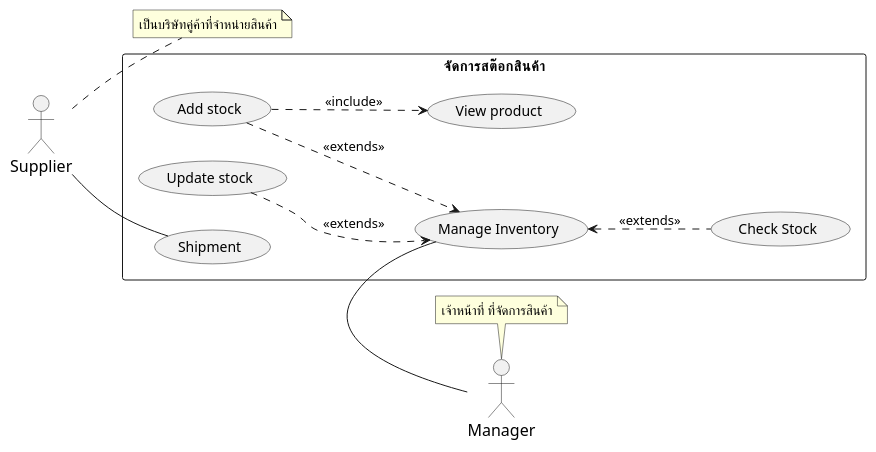
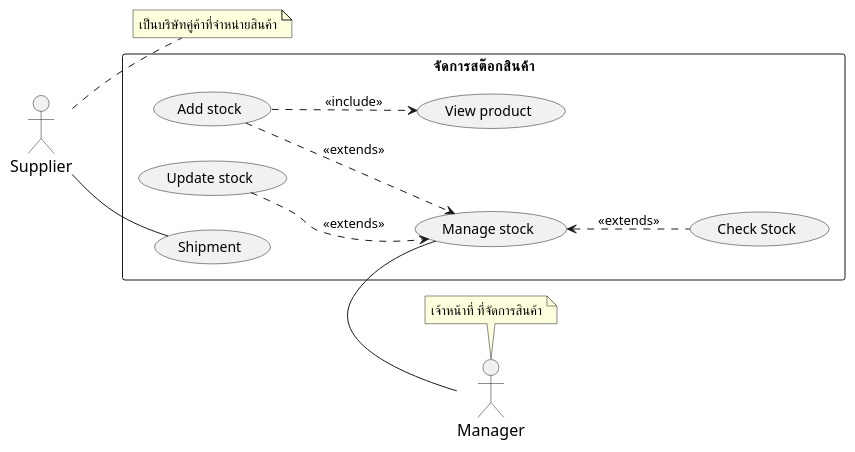
One commit to billowdev/inventory-system-plantuml-sequelize-seeder-example changed the diagram in system-analysis/usecase/_1_usecase-stock.puml. Above: the diagram before and after it, drawn with PlantUML. The commit also changed 13 other files, not shown here.

Commit message:
class diagram

```diff
--- a/system-analysis/usecase/_1_usecase-stock.puml
+++ b/system-analysis/usecase/_1_usecase-stock.puml
@@ -1,60 +1,60 @@
 @startuml
 'https://plantuml.com/usecase-diagram
 
 skinparam sequence {
     ParticipantFontName Thai
     ParticipantFontSize 16
     ActorFontSize 16
     ActorFontName Thai
 }
 'skinparam linetype polyline
 'skinparam linetype ortho
 
 skinparam Participant{
     FontColor #efefef
     BorderColor #c0c0c0
 }
 skinparam Sequence{
     ParticipantBorderThickness .5
     LifeLineBorderColor #8a8a8a
 }
 
 left to right direction
 
 ' ออกใบสั่งของ การเช็คสินค้าและการทำรายงานต่างๆ
 actor Manager as actorManager
 note top of actorManager : เจ้าหน้าที่ ที่จัดการสินค้า
 ' =================== Supplier ===================
 ' role - เป็นบริษัทคู่ค้าที่จำหน่ายสินค้าหรือวัตถุดิบให้กับบริษัท
 ' duty - ขายและจัดส่งสินค้าตามใบสั่งของ
 actor Supplier as actorSupplier
 note right of actorSupplier : เป็นบริษัทคู่ค้าที่จำหน่ายสินค้า
 
 
 rectangle "จัดการสต๊อกสินค้า" as manageStock {
 
     ' ================ Stock ================
-    usecase (Manage Inventory) as (usecaseInventory)
+    usecase (Manage stock) as (usecaseInventory)
     usecase (Check Stock) as (usecaseCheckStock)
     usecase (Add stock) as (usecaseAddStock)
     usecase (Update stock) as (usecaseUpdateStock)
     usecase (View product) as (usecaseViewProduct)
 
     ' ================ Shipment ================
     usecase (Shipment) as (usecaseShipment)
 
 
     ' ================ Stock ================
     actorSupplier -down- (usecaseShipment)
     (usecaseInventory) - actorManager
 
     (usecaseAddStock) ..> (usecaseInventory) : <<extends>>
     (usecaseAddStock) ..> (usecaseViewProduct) : <<include>>
     (usecaseUpdateStock) ..> (usecaseInventory) : <<extends>>
     (usecaseInventory) <.. (usecaseCheckStock) : <<extends>>
 
 
 
 }
 
 @enduml
```
